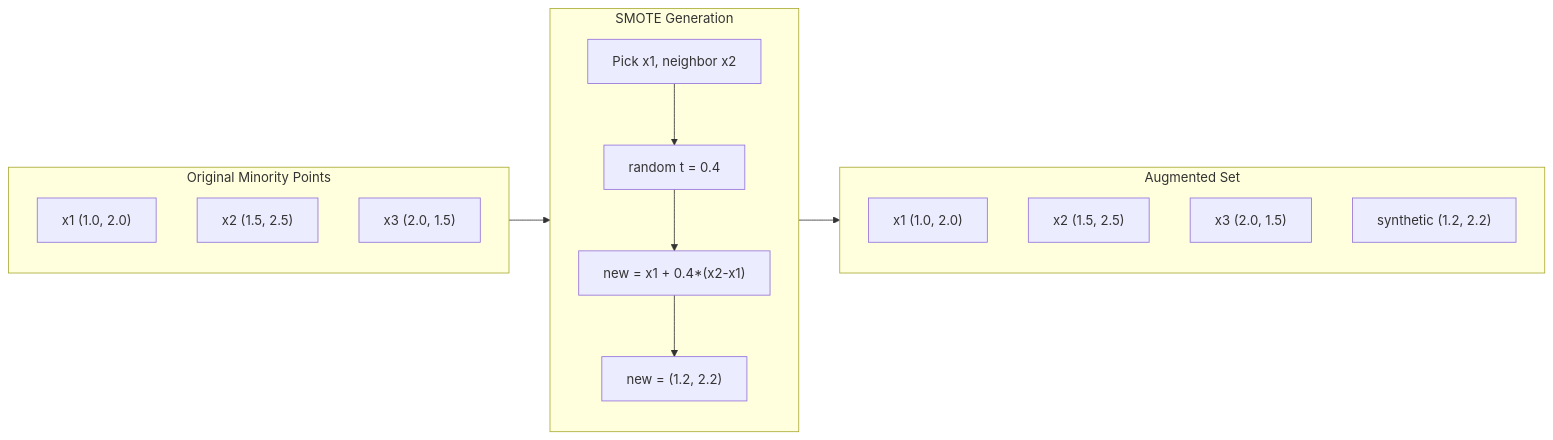
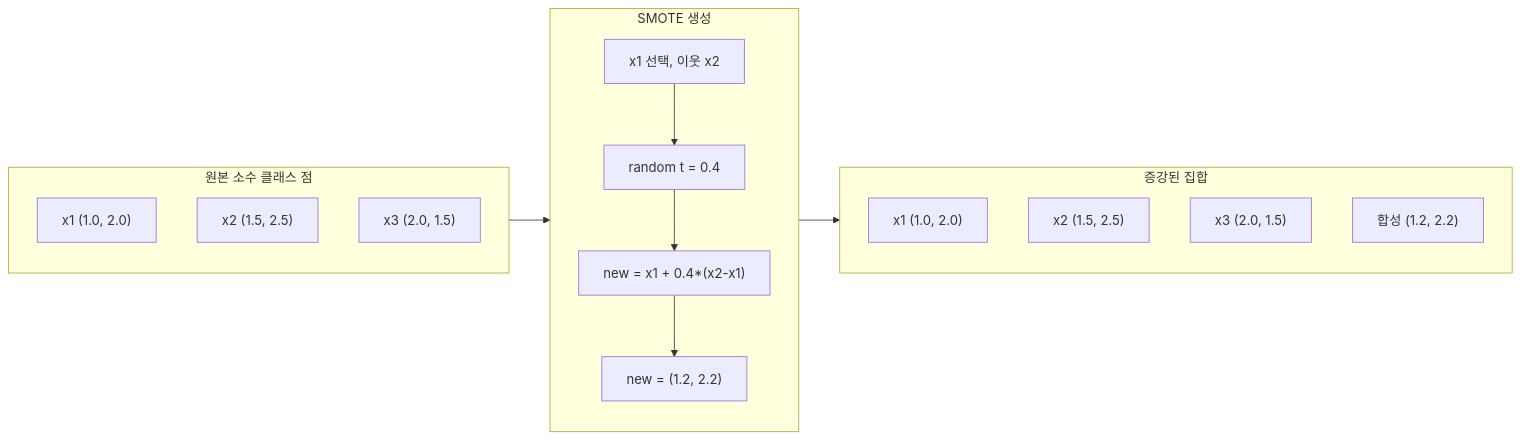
Before and after one commit to ChoBazzi/ai-engineering-from-scratch: the second of 4 diagrams in phases/02-ml-fundamentals/17-imbalanced-data/docs/en.md, drawn with Mermaid. The commit also changed other lines of this file and 868 other files, not shown here.

````diff
--- a/phases/02-ml-fundamentals/17-imbalanced-data/docs/en.md
+++ b/phases/02-ml-fundamentals/17-imbalanced-data/docs/en.md
@@ -90,24 +90,24 @@
 ```mermaid
 flowchart LR
-    subgraph Original["Original Minority Points"]
+    subgraph Original["원본 소수 클래스 점"]
         P1["x1 (1.0, 2.0)"]
         P2["x2 (1.5, 2.5)"]
         P3["x3 (2.0, 1.5)"]
     end
-    subgraph SMOTE["SMOTE Generation"]
+    subgraph SMOTE["SMOTE 생성"]
         direction TB
-        S1["Pick x1, neighbor x2"]
+        S1["x1 선택, 이웃 x2"]
         S2["random t = 0.4"]
         S3["new = x1 + 0.4*(x2-x1)"]
         S4["new = (1.2, 2.2)"]
         S1 --> S2 --> S3 --> S4
     end
     Original --> SMOTE
-    subgraph Result["Augmented Set"]
+    subgraph Result["증강된 집합"]
         R1["x1 (1.0, 2.0)"]
         R2["x2 (1.5, 2.5)"]
         R3["x3 (2.0, 1.5)"]
-        R4["synthetic (1.2, 2.2)"]
+        R4["합성 (1.2, 2.2)"]
     end
     SMOTE --> Result
 ```
````
